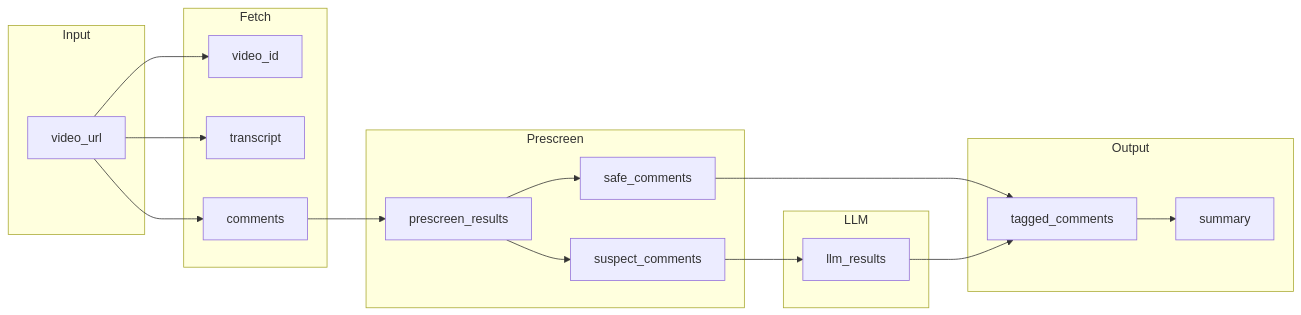
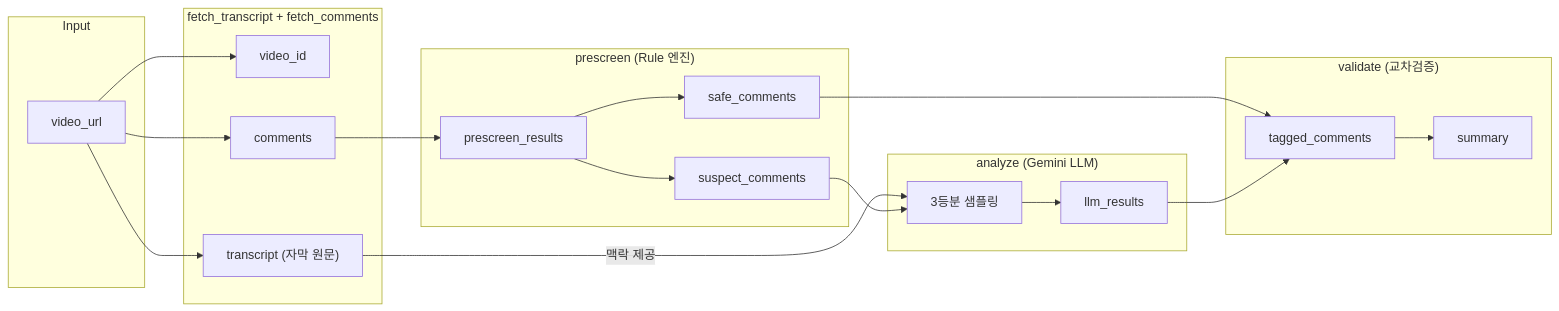
Before and after one commit to euisuk-chung/gemini-hak-creator-hub: the fourth of 6 diagrams in backend/ARCHITECTURE.md, drawn with Mermaid. The commit also changed other lines of this file and 1 other file, not shown here.

Commit message:
docs: update agent documentation and add backend architecture overview.

````diff
--- a/backend/ARCHITECTURE.md
+++ b/backend/ARCHITECTURE.md
@@ -239,38 +239,41 @@
 ```mermaid
 flowchart LR
     subgraph Input
         VU["video_url"]
     end
 
-    subgraph Fetch
+    subgraph Fetch["fetch_transcript + fetch_comments"]
         VID["video_id"]
-        TR["transcript"]
+        TR["transcript (자막 원문)"]
         CM["comments"]
     end
 
-    subgraph Prescreen
+    subgraph Prescreen["prescreen (Rule 엔진)"]
         PR["prescreen_results"]
         SC["safe_comments"]
         SU["suspect_comments"]
     end
 
-    subgraph LLM
+    subgraph Analyze["analyze (Gemini LLM)"]
+        SP["3등분 샘플링"]
         LLM_R["llm_results"]
     end
 
-    subgraph Output
+    subgraph Validate["validate (교차검증)"]
         TC["tagged_comments"]
         SM["summary"]
     end
 
     VU --> VID
     VU --> TR
     VU --> CM
     CM --> PR
     PR --> SC
     PR --> SU
-    SU --> LLM_R
+    TR -->|맥락 제공| SP
+    SU --> SP
+    SP --> LLM_R
     SC --> TC
     LLM_R --> TC
     TC --> SM
 ```
````
